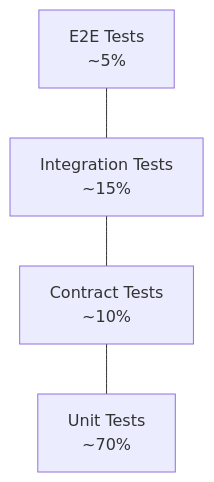
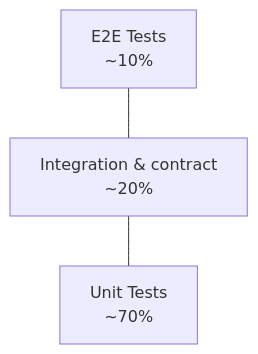
One commit to rishikeshdhokare/platform-manifesto changed the diagram in 03-engineering-practices/01-testing-pyramid.md. Above: the diagram before and after it, drawn with Mermaid. The commit also changed other lines of this file, not shown here.

First line of the commit message:
fix: align testing pyramid percentages across ASCII, Mermaid, and table

````diff
--- a/03-engineering-practices/01-testing-pyramid.md
+++ b/03-engineering-practices/01-testing-pyramid.md
@@ -38,10 +34,8 @@
 ```mermaid
 flowchart TB
-    E2E["E2E Tests<br/>~5%"]
-    Integration["Integration Tests<br/>~15%"]
-    Contract["Contract Tests<br/>~10%"]
+    E2E["E2E Tests<br/>~10%"]
+    Integration["Integration & contract<br/>~20%"]
     Unit["Unit Tests<br/>~70%"]
     E2E --- Integration
-    Integration --- Contract
-    Contract --- Unit
+    Integration --- Unit
 ```
````
